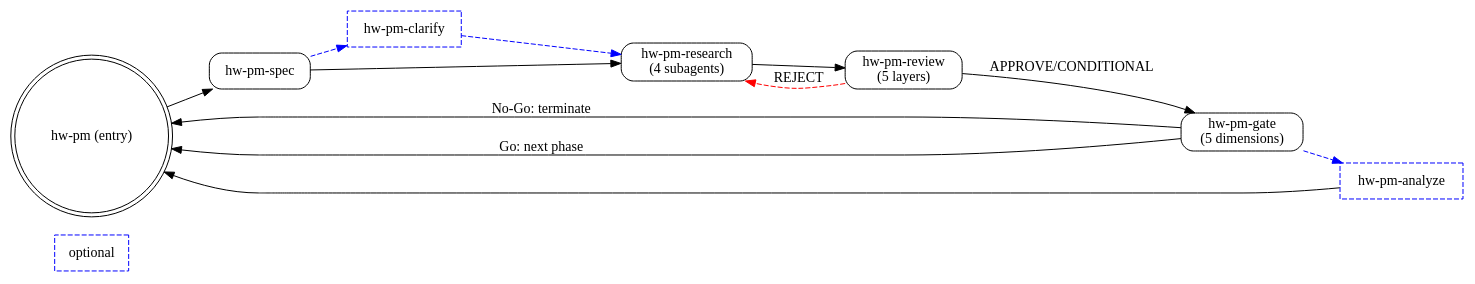
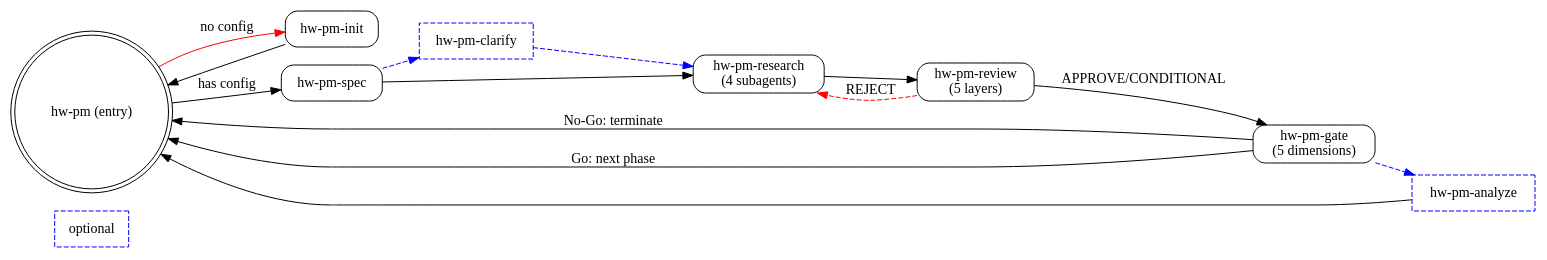
The diagram in skills/hw-pm/SKILL.md (visioner3d/hw-pm-skills), drawn with Graphviz before and after one commit. The commit also changed other lines of this file and 5 other files, not shown here.

````diff
--- a/skills/hw-pm/SKILL.md
+++ b/skills/hw-pm/SKILL.md
@@ -27,27 +27,30 @@
 ```dot
 digraph hw_pm_system {
     rankdir=LR;
     node [shape=box, style=rounded];
     optional [style=dashed, color=blue];
 
     entry [label="hw-pm (entry)", shape=doublecircle];
+    init [label="hw-pm-init", style=rounded];
     spec [label="hw-pm-spec"];
     clarify [label="hw-pm-clarify", style=dashed, color=blue];
     research [label="hw-pm-research\n(4 subagents)"];
     review [label="hw-pm-review\n(5 layers)"];
     gate [label="hw-pm-gate\n(5 dimensions)"];
     analyze [label="hw-pm-analyze", style=dashed, color=blue];
 
-    entry -> spec;
+    entry -> init [label="no config", color=red];
+    entry -> spec [label="has config"];
+    init -> entry;
     spec -> clarify [style=dashed, color=blue];
     clarify -> research [style=dashed, color=blue];
     spec -> research;
     research -> review;
     review -> research [label="REJECT", color=red, style=dashed];
     review -> gate [label="APPROVE/CONDITIONAL"];
     gate -> analyze [style=dashed, color=blue];
     gate -> entry [label="No-Go: terminate"];
     gate -> entry [label="Go: next phase"];
     analyze -> entry;
 }
 ```
````
